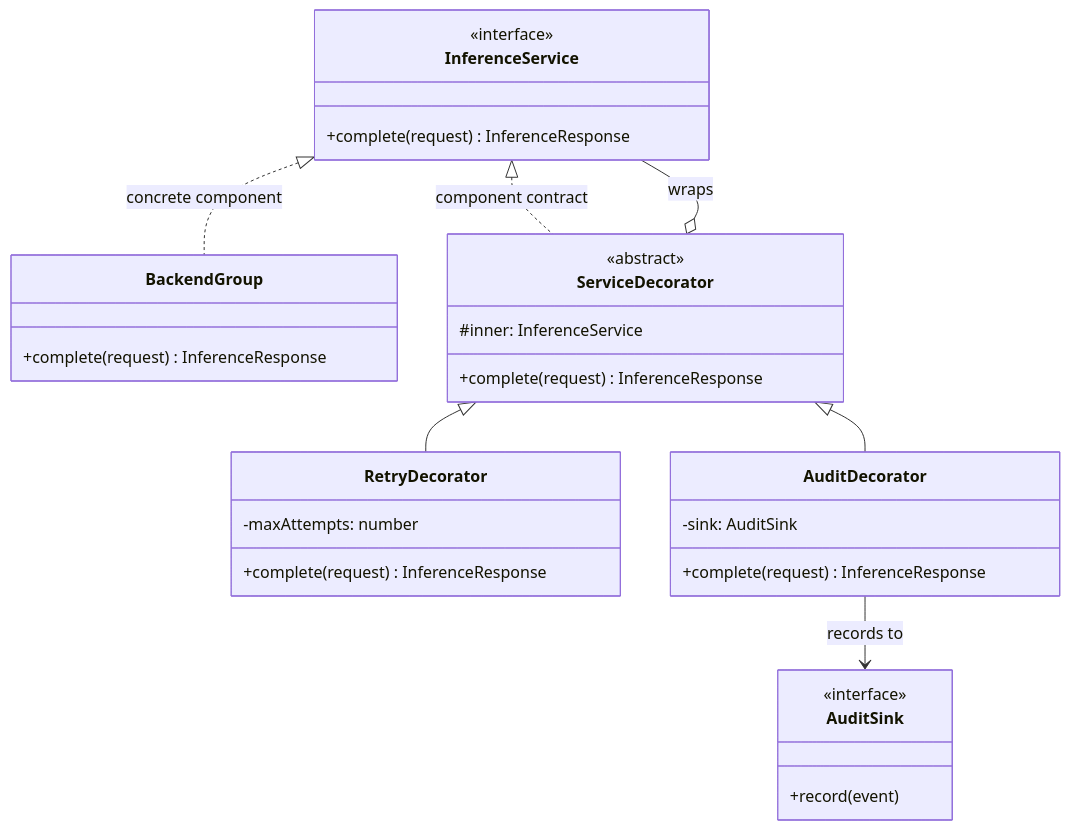
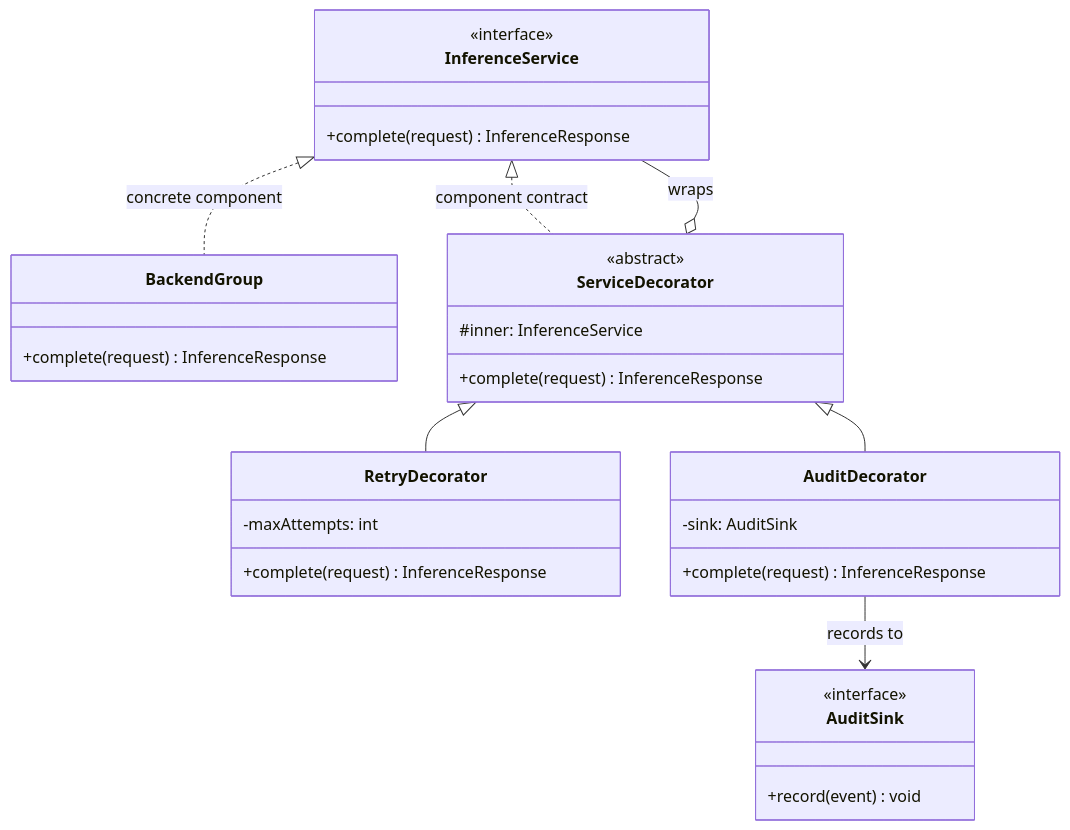
The second of 3 diagrams in lab3/REPORT.md (igortacu/tmps-labs), drawn with Mermaid before and after one commit. The commit also changed other lines of this file and 40 other files, not shown here.

````diff
--- a/lab3/REPORT.md
+++ b/lab3/REPORT.md
@@ -85,33 +82,33 @@
 ```mermaid
 classDiagram
     class InferenceService {
         <<interface>>
         +complete(request) InferenceResponse
     }
     class BackendGroup {
         +complete(request) InferenceResponse
     }
     class ServiceDecorator {
         <<abstract>>
         #inner: InferenceService
         +complete(request) InferenceResponse
     }
     class RetryDecorator {
-        -maxAttempts: number
+        -maxAttempts: int
         +complete(request) InferenceResponse
     }
     class AuditDecorator {
         -sink: AuditSink
         +complete(request) InferenceResponse
     }
     class AuditSink {
         <<interface>>
-        +record(event)
+        +record(event) void
     }
     InferenceService <|.. BackendGroup : concrete component
     InferenceService <|.. ServiceDecorator : component contract
     ServiceDecorator <|-- RetryDecorator
     ServiceDecorator <|-- AuditDecorator
     ServiceDecorator o-- InferenceService : wraps
     AuditDecorator --> AuditSink : records to
 ```
````
